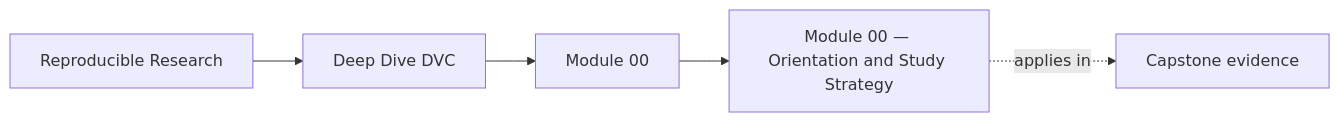
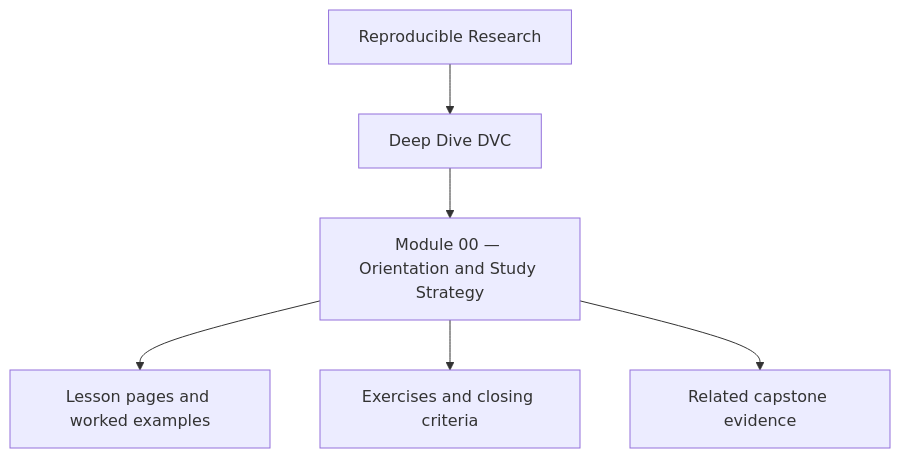
Before and after one commit to bijux/bijux-masterclass: the first of 2 diagrams in programs/reproducible-research/deep-dive-dvc/course-book/module-00-orientation/index.md, drawn with Mermaid. The commit also changed other lines of this file and 10 other files, not shown here.

Commit message:
docs(deep-dive-dvc): reposition module overview diagrams

````diff
--- a/programs/reproducible-research/deep-dive-dvc/course-book/module-00-orientation/index.md
+++ b/programs/reproducible-research/deep-dive-dvc/course-book/module-00-orientation/index.md
@@ -9,11 +9,8 @@
 ```mermaid
-graph LR
-  family["Reproducible Research"]
-  program["Deep Dive DVC"]
-  section["Module 00"]
-  page["Module 00 — Orientation and Study Strategy"]
-  capstone["Capstone evidence"]
-
-  family --> program --> section --> page
-  page -.applies in.-> capstone
+flowchart TD
+  family["Reproducible Research"] --> program["Deep Dive DVC"]
+  program --> module["Module 00 — Orientation and Study Strategy"]
+  module --> lessons["Lesson pages and worked examples"]
+  module --> checkpoints["Exercises and closing criteria"]
+  module --> capstone["Related capstone evidence"]
 ```
````
